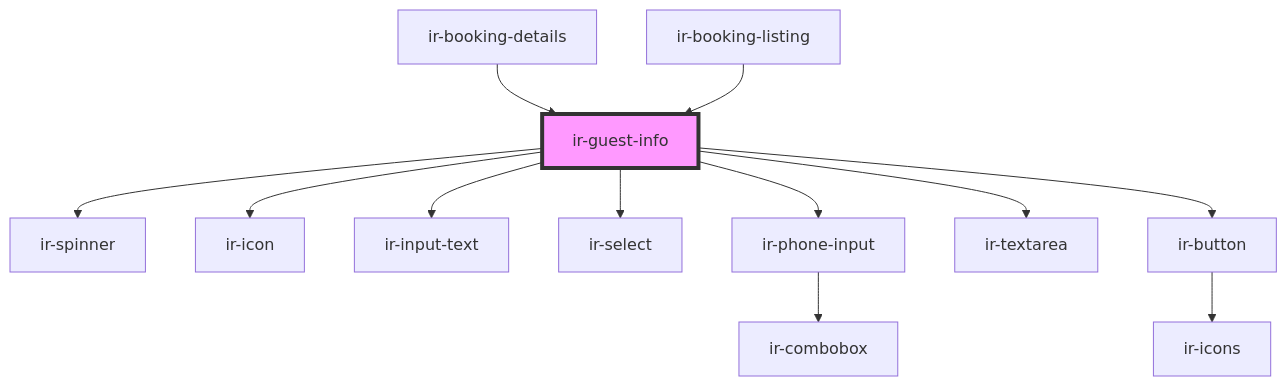
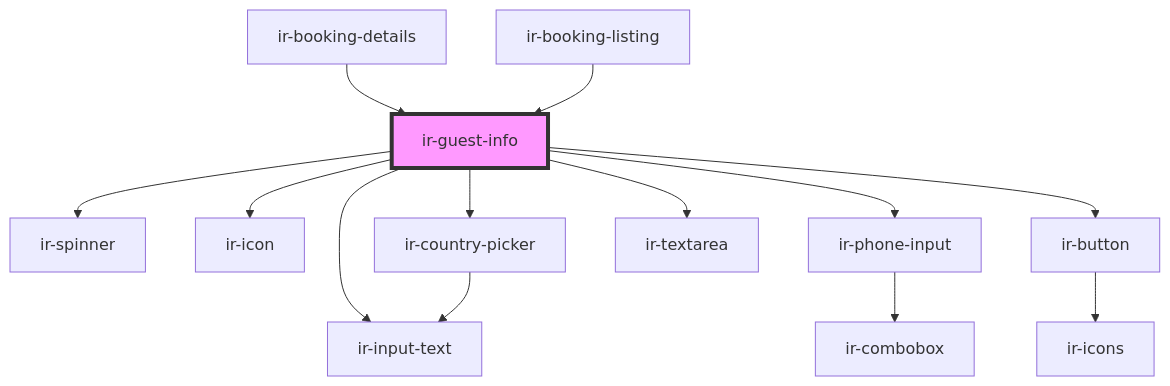
Before and after one commit to David1Chowaifaty/modified-ir-webcmp: the diagram in src/components/ir-guest-info/readme.md, drawn with Mermaid. The commit also changed other lines of this file and 34 other files, not shown here.

````diff
--- a/src/components/ir-guest-info/readme.md
+++ b/src/components/ir-guest-info/readme.md
@@ -46,15 +46,16 @@
 ```mermaid
 graph TD;
   ir-guest-info --> ir-spinner
   ir-guest-info --> ir-icon
   ir-guest-info --> ir-input-text
-  ir-guest-info --> ir-select
+  ir-guest-info --> ir-country-picker
   ir-guest-info --> ir-phone-input
   ir-guest-info --> ir-textarea
   ir-guest-info --> ir-button
+  ir-country-picker --> ir-input-text
   ir-phone-input --> ir-combobox
   ir-button --> ir-icons
   ir-booking-details --> ir-guest-info
   ir-booking-listing --> ir-guest-info
   style ir-guest-info fill:#f9f,stroke:#333,stroke-width:4px
 ```
````
